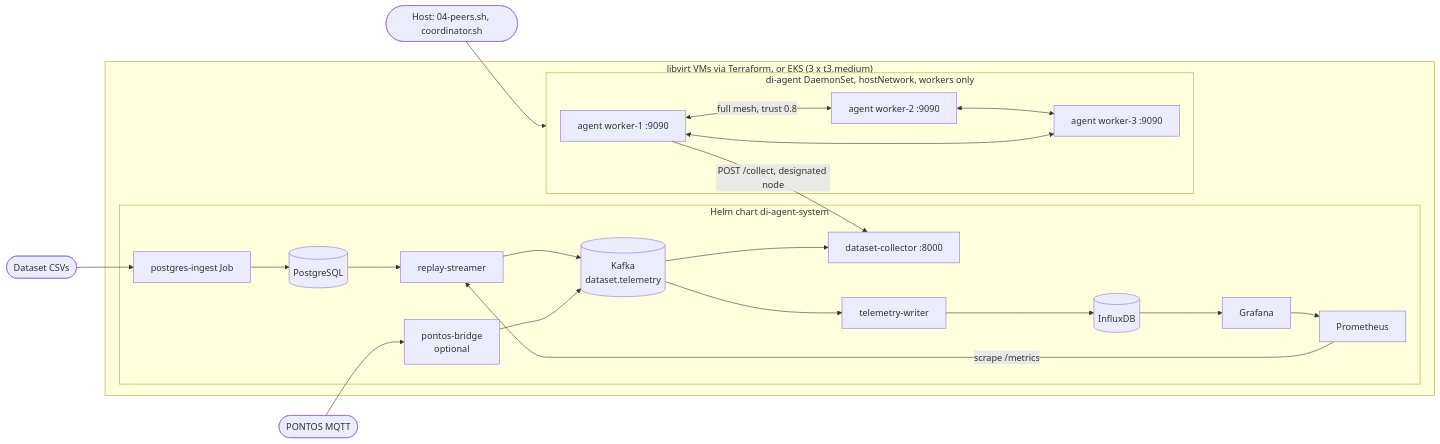
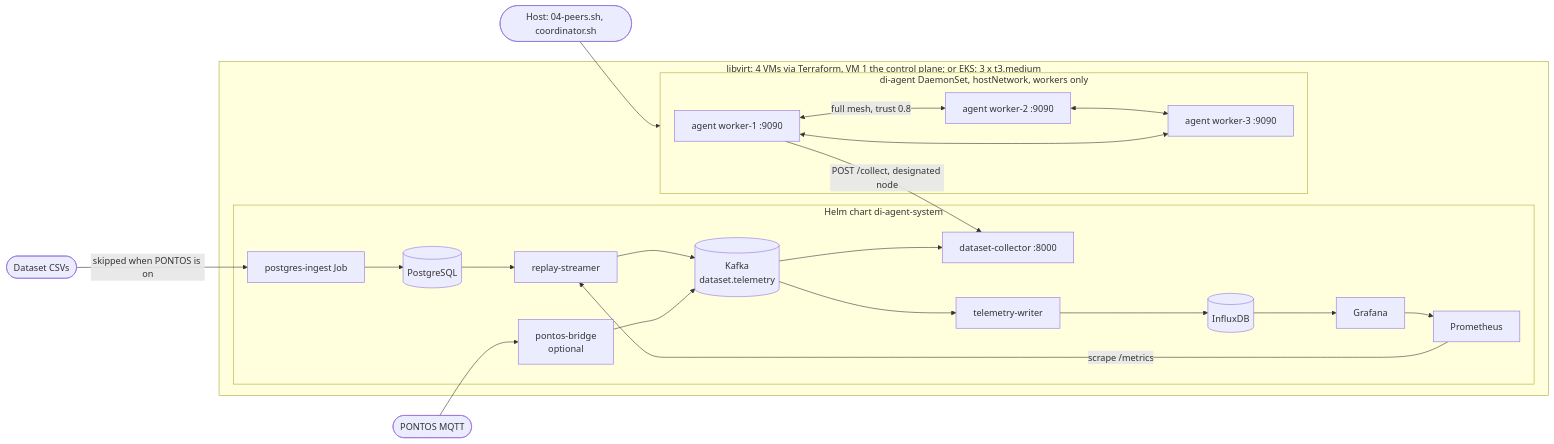
Before and after one commit to DiyazY/di-agent: diagram 21 of 21 in docs/architecture-diagrams.md, drawn with Mermaid. The commit also changed other lines of this file and 10 other files, not shown here.

First line of the commit message:
docs: correct diagrams and contract counts from PR review

````diff
--- a/docs/architecture-diagrams.md
+++ b/docs/architecture-diagrams.md
@@ -693,33 +715,33 @@
 ```mermaid
 flowchart LR
-    subgraph infra["libvirt VMs via Terraform, or EKS (3 x t3.medium)"]
+    subgraph infra["libvirt: 4 VMs via Terraform, VM 1 the control plane; or EKS: 3 x t3.medium"]
         subgraph sys["Helm chart di-agent-system"]
             pg[("PostgreSQL")]
             ing["postgres-ingest Job"]
             rs["replay-streamer"]
             kf[("Kafka<br/>dataset.telemetry")]
             dc["dataset-collector :8000"]
             tw["telemetry-writer"]
             ix[("InfluxDB")]
             gf["Grafana"]
             pr["Prometheus"]
             pb["pontos-bridge<br/>optional"]
         end
         subgraph ds["di-agent DaemonSet, hostNetwork, workers only"]
             w1["agent worker-1 :9090"]
             w2["agent worker-2 :9090"]
             w3["agent worker-3 :9090"]
         end
     end
-    sp(["Dataset CSVs"]) --> ing --> pg --> rs --> kf
+    sp(["Dataset CSVs"]) -->|skipped when PONTOS is on| ing --> pg --> rs --> kf
     pon(["PONTOS MQTT"]) --> pb --> kf
     kf --> tw --> ix --> gf
     kf --> dc
     w1 -->|POST /collect, designated node| dc
     pr -->|scrape /metrics| rs
     gf --> pr
     w1 <-->|full mesh, trust 0.8| w2
     w2 <--> w3
     w1 <--> w3
     host(["Host: 04-peers.sh, coordinator.sh"]) --> ds
 ```
````
